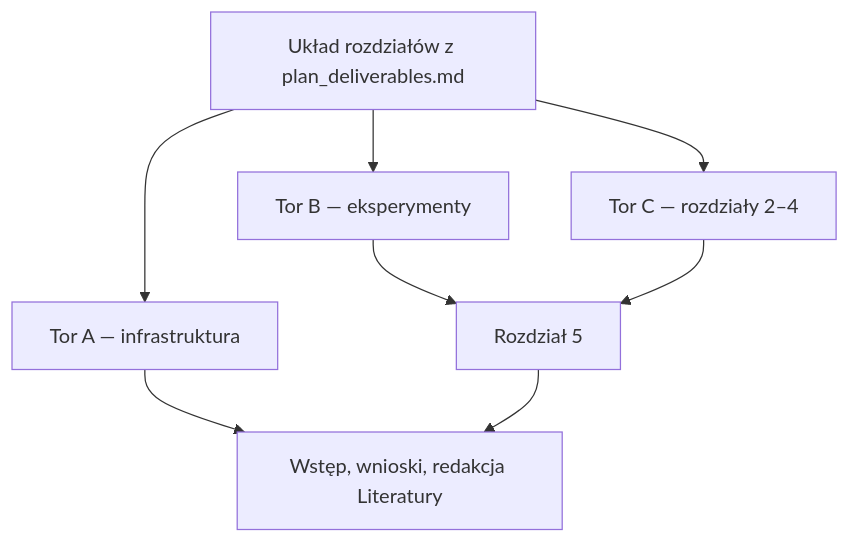
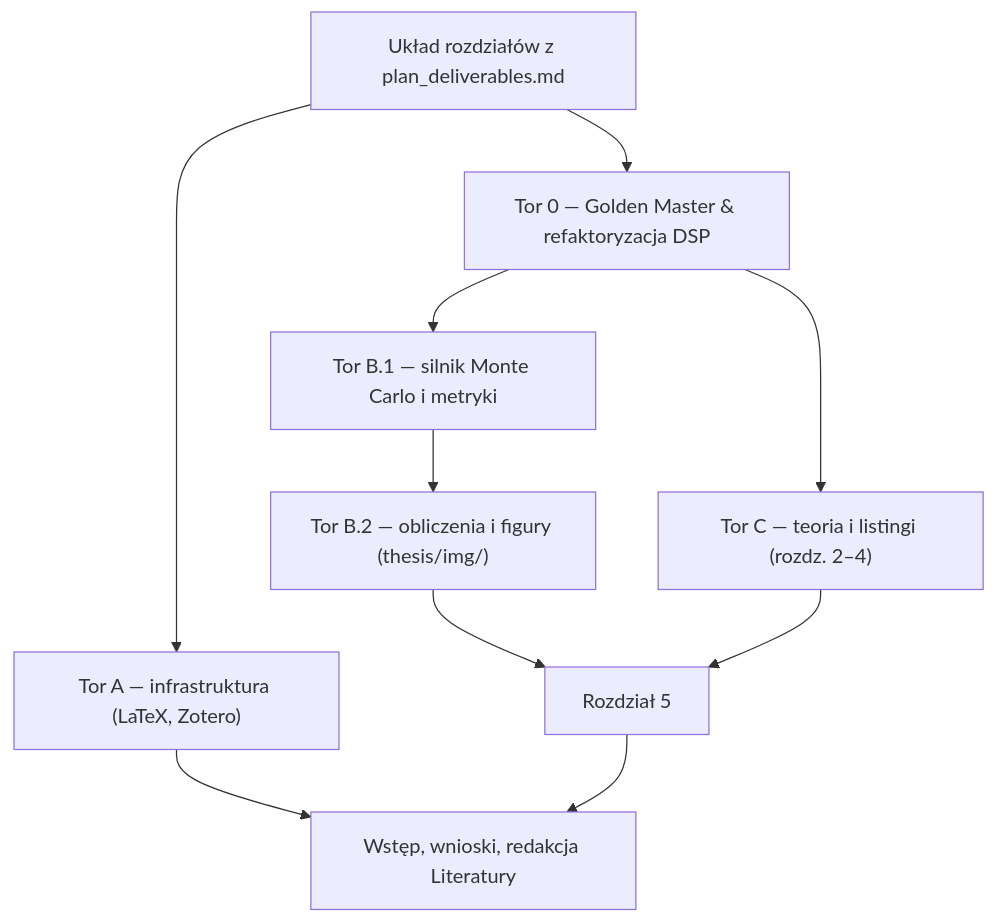
Before and after one commit to nix746/wifi-radar: the diagram in docs/plan_work_order.md, drawn with Mermaid. The commit also changed other lines of this file and 1 other file, not shown here.

````diff
--- a/docs/plan_work_order.md
+++ b/docs/plan_work_order.md
@@ -11,17 +29,21 @@
 ```mermaid
 flowchart TD
     D["Układ rozdziałów z plan_deliverables.md"]
-    A["Tor A — infrastruktura"]
-    B["Tor B — eksperymenty"]
-    C["Tor C — rozdziały 2–4"]
+    R0["Tor 0 — Golden Master & refaktoryzacja DSP"]
+    A["Tor A — infrastruktura (LaTeX, Zotero)"]
+    B1["Tor B.1 — silnik Monte Carlo i metryki"]
+    B2["Tor B.2 — obliczenia i figury (thesis/img/)"]
+    C["Tor C — teoria i listingi (rozdz. 2–4)"]
     R5["Rozdział 5"]
     END["Wstęp, wnioski, redakcja Literatury"]
 
+    D --> R0
     D --> A
-    D --> B
-    D --> C
+    R0 --> B1
+    B1 --> B2
+    R0 --> C
     A --> END
-    B --> R5
+    B2 --> R5
     C --> R5
     R5 --> END
 ```
````
